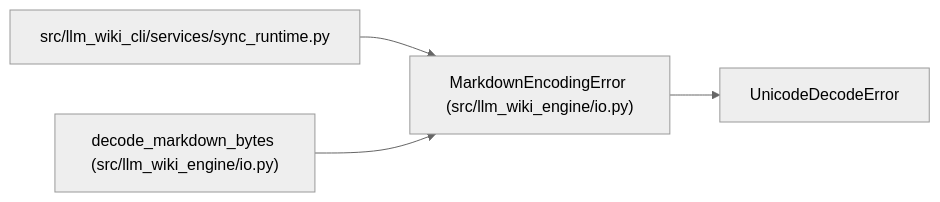
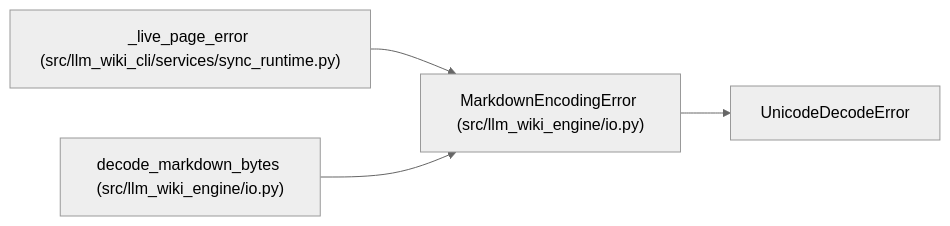
Before and after one commit to Denissvgn/python-wiki-llm: the diagram in docs/llm_wiki/entities/MarkdownEncodingError.md, drawn with Mermaid (neutral theme). The commit also changed other lines of this file and 414 other files, not shown here.

Commit message:
docs: refresh the wiki for live page names in dry runs

````diff
--- a/docs/llm_wiki/entities/MarkdownEncodingError.md
+++ b/docs/llm_wiki/entities/MarkdownEncodingError.md
@@ -29,13 +29,13 @@
 ```mermaid
 flowchart LR
     n0["MarkdownEncodingError (src/llm_wiki_engine/io.py)"]
     n1["UnicodeDecodeError"]
-    n2["src/llm_wiki_cli/services/sync_runtime.py"]
+    n2["_live_page_error (src/llm_wiki_cli/services/sync_runtime.py)"]
     n3["decode_markdown_bytes (src/llm_wiki_engine/io.py)"]
     n0 --> n1
     n2 --> n0
     n3 --> n0
     click n0 "../modules/io.md"
     click n2 "../modules/sync_runtime.md"
     click n3 "../modules/io.md"
 ```
````
